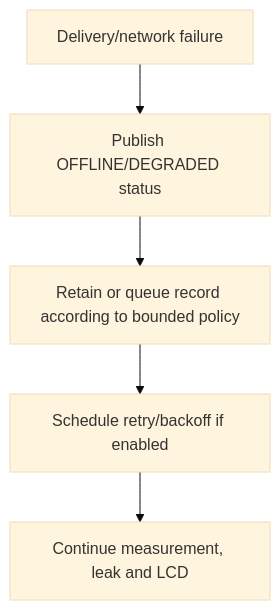
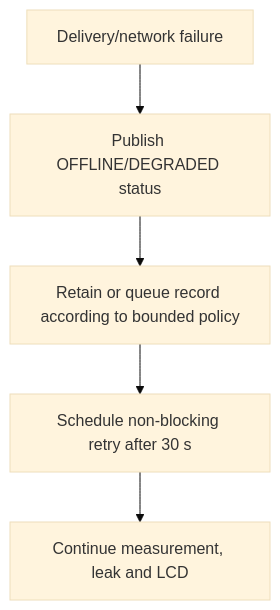
Before and after one commit to whoisLePhuc/smart-water-flow-pressure-monitor: diagram 18 of 23 in 1.docs/00_overview/04_main_operation_flow.md, drawn with Mermaid (base theme). The commit also changed other lines of this file and 14 other files, not shown here.

````diff
--- a/1.docs/00_overview/04_main_operation_flow.md
+++ b/1.docs/00_overview/04_main_operation_flow.md
@@ -992,7 +983,7 @@
 ```mermaid
 flowchart TD
     FAIL["Delivery/network failure"] --> STATUS["Publish OFFLINE/DEGRADED status"]
     STATUS --> RETAIN["Retain or queue record according to bounded policy"]
-    RETAIN --> RETRY["Schedule retry/backoff if enabled"]
+    RETAIN --> RETRY["Schedule non-blocking retry after 30 s"]
     RETRY --> CONTINUE["Continue measurement, leak and LCD"]
 ```
````
